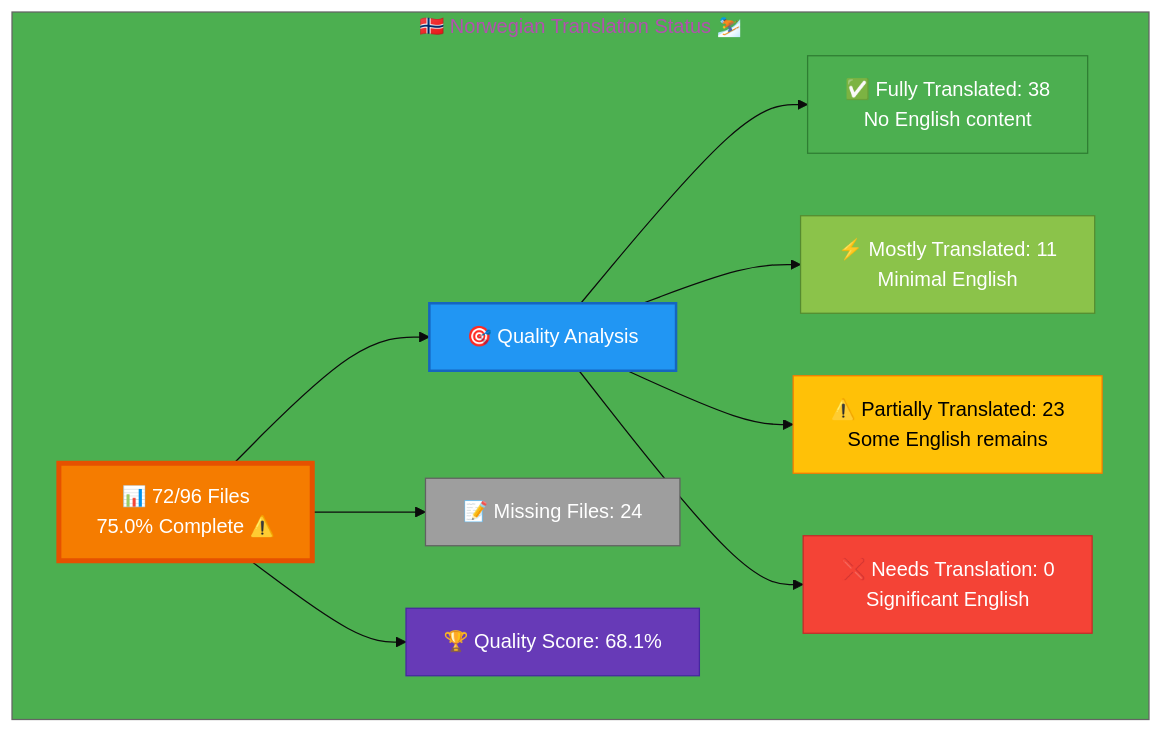
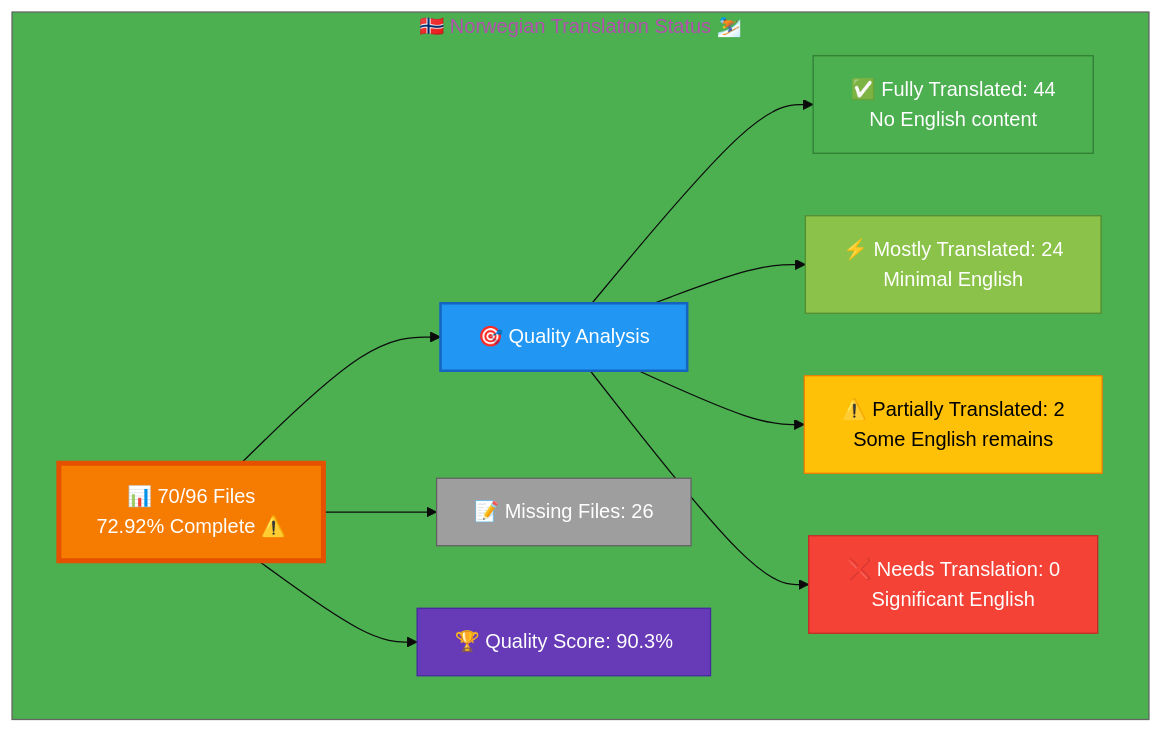
Before and after one commit to Hack23/homepage: the diagram in Norwegian-Translation-Status.md, drawn with Mermaid. The commit also changed other lines of this file and 9 other files, not shown here.

````diff
--- a/Norwegian-Translation-Status.md
+++ b/Norwegian-Translation-Status.md
@@ -23,26 +12,26 @@
 ```mermaid
 %%{init: {'theme':'base', 'themeVariables': {'primaryColor':'#F57C00','secondaryColor':'#2196F3','tertiaryColor':'#4CAF50','fontSize':'16px'}}}%%
 graph TB
     subgraph "🇳🇴 Norwegian Translation Status ⛷️"
-        A["📊 72/96 Files<br/>75.0% Complete ⚠️"]
+        A["📊 70/96 Files<br/>72.92% Complete ⚠️ "]
         
         A --> B["🎯 Quality Analysis"]
-        B --> C["✅ Fully Translated: 38<br/>No English content"]
-        B --> D["⚡ Mostly Translated: 11<br/>Minimal English"]
-        B --> E["⚠️  Partially Translated: 23<br/>Some English remains"]
+        B --> C["✅ Fully Translated: 44<br/>No English content"]
+        B --> D["⚡ Mostly Translated: 24<br/>Minimal English"]
+        B --> E["⚠️  Partially Translated: 2<br/>Some English remains"]
         B --> F["❌ Needs Translation: 0<br/>Significant English"]
         
-        A --> G["📝 Missing Files: 24"]
+        A --> G["📝 Missing Files: 26"]
         
-        A --> H["🏆 Quality Score: 68.1%"]
+        A --> H["🏆 Quality Score: 90.3%"]
         
         style A fill:#F57C00,stroke:#E65100,color:#fff,stroke-width:4px
         style B fill:#2196F3,stroke:#1565C0,color:#fff,stroke-width:2px
         style C fill:#4CAF50,stroke:#2E7D32,color:#fff
         style D fill:#8BC34A,stroke:#558B2F,color:#fff
         style E fill:#FFC107,stroke:#F57C00,color:#000
         style F fill:#F44336,stroke:#C62828,color:#fff
         style G fill:#9E9E9E,stroke:#616161,color:#fff
         style H fill:#673AB7,stroke:#4527A0,color:#fff
     end
 ```
````
